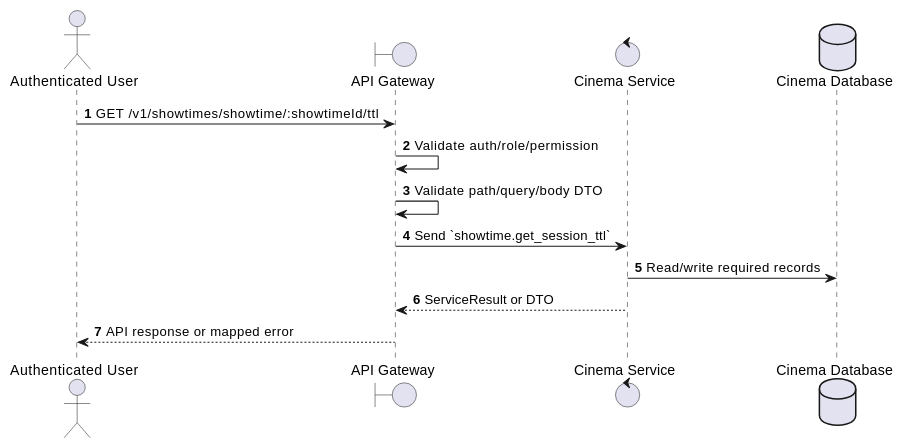
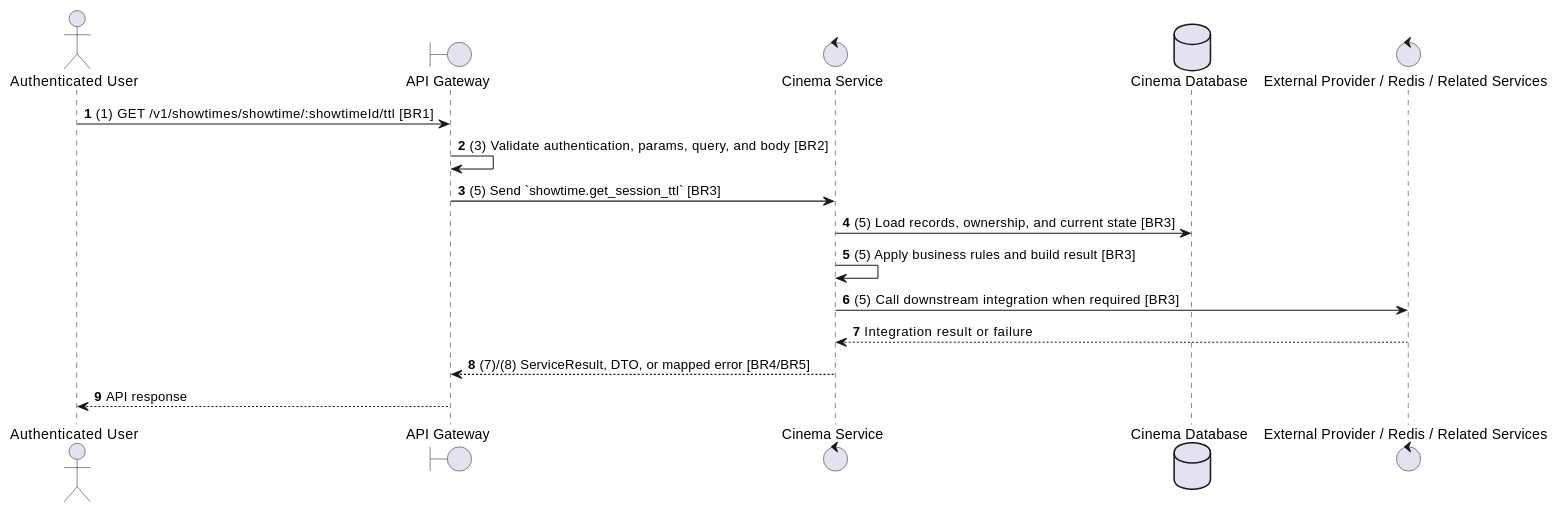
One commit to Tanh1603/movie-hub-architecture changed the second of 2 diagrams in docs/functional_specs/3.4_Showtime_Scheduling/ST-02_Get_Session_TTL.md. Above: the diagram before and after it, drawn with PlantUML. The commit also changed other lines of this file and 129 other files, not shown here.

````diff
--- a/docs/functional_specs/3.4_Showtime_Scheduling/ST-02_Get_Session_TTL.md
+++ b/docs/functional_specs/3.4_Showtime_Scheduling/ST-02_Get_Session_TTL.md
@@ -17,17 +64,20 @@
 ```plantuml
 @startuml
 autonumber
 actor "Authenticated User" as Actor
 boundary "API Gateway" as GW
 control "Cinema Service" as SVC
 database "Cinema Database" as DB
+control "External Provider / Redis / Related Services" as EXT
 
-Actor -> GW: GET /v1/showtimes/showtime/:showtimeId/ttl
-GW -> GW: Validate auth/role/permission
-GW -> GW: Validate path/query/body DTO
-GW -> SVC: Send `showtime.get_session_ttl`
-SVC -> DB: Read/write required records
-SVC --> GW: ServiceResult or DTO
-GW --> Actor: API response or mapped error
+Actor -> GW: (1) GET /v1/showtimes/showtime/:showtimeId/ttl [BR1]
+GW -> GW: (3) Validate authentication, params, query, and body [BR2]
+GW -> SVC: (5) Send `showtime.get_session_ttl` [BR3]
+SVC -> DB: (5) Load records, ownership, and current state [BR3]
+SVC -> SVC: (5) Apply business rules and build result [BR3]
+SVC -> EXT: (5) Call downstream integration when required [BR3]
+EXT --> SVC: Integration result or failure
+SVC --> GW: (7)/(8) ServiceResult, DTO, or mapped error [BR4/BR5]
+GW --> Actor: API response
 @enduml
 ```
````
